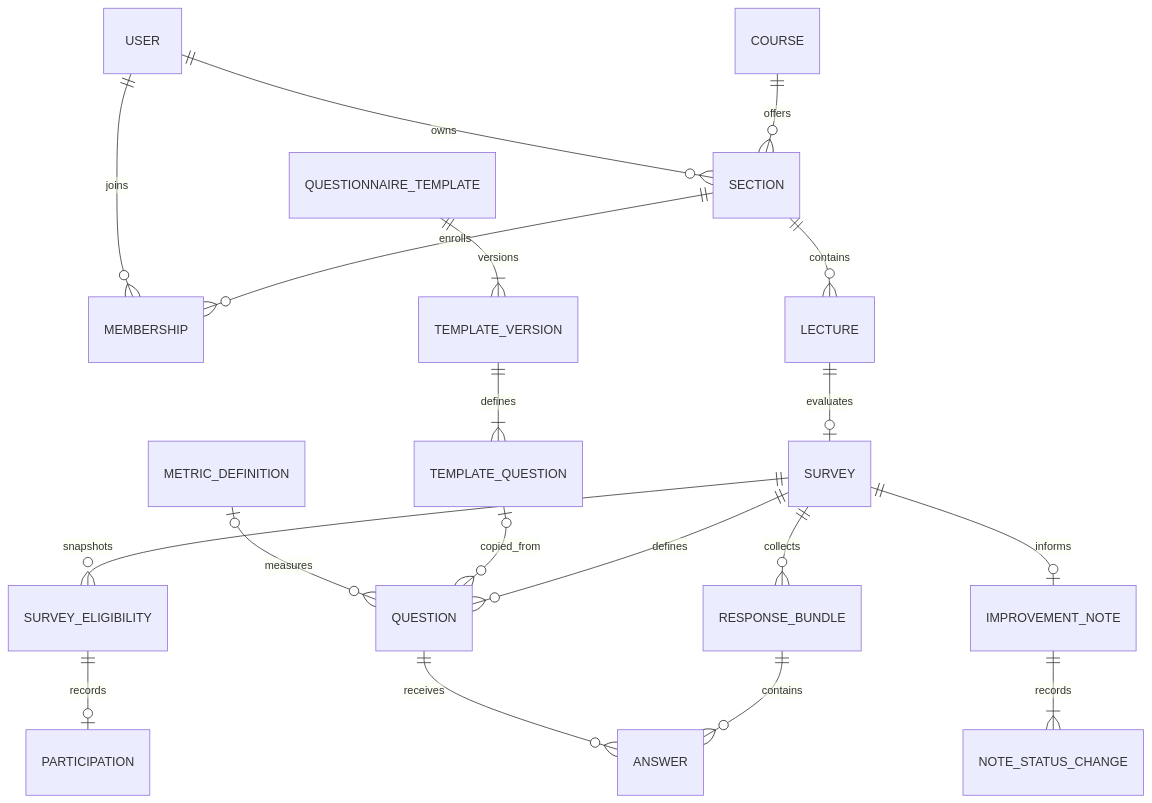
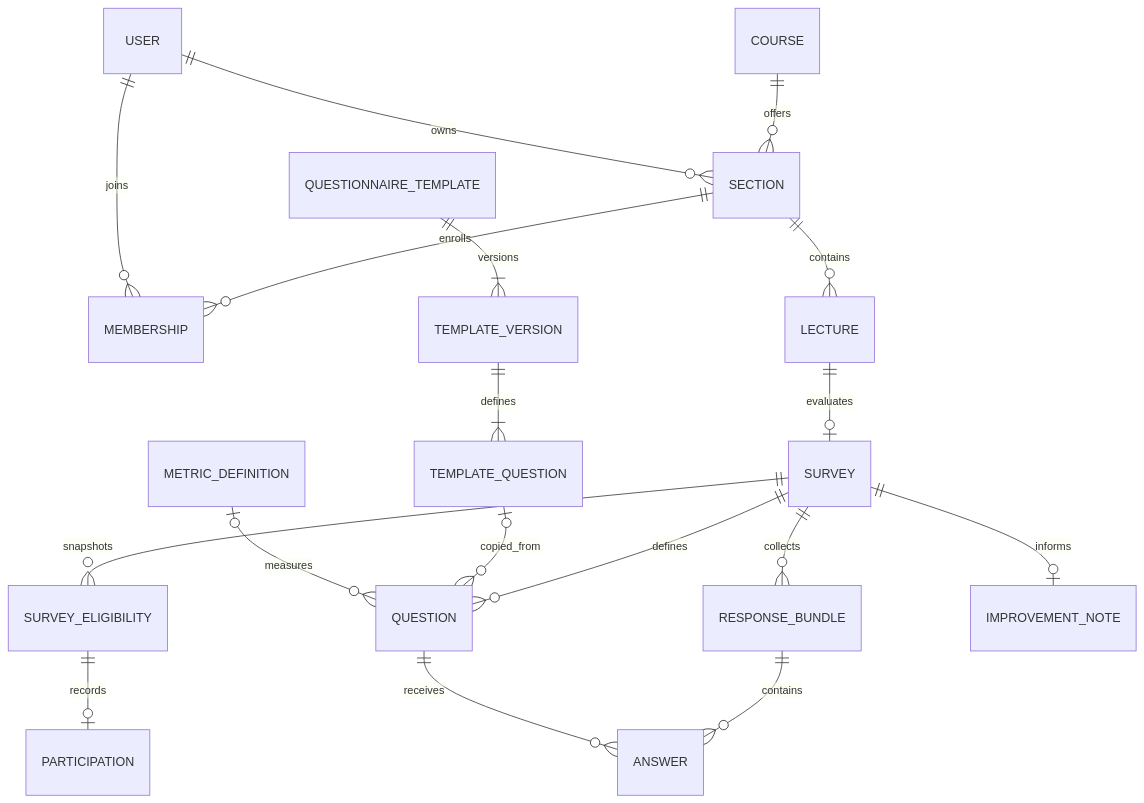
One commit to Maibokdaimhai/LECTRA changed the second of 2 diagrams in docs/system-sds.md. Above: the diagram before and after it, drawn with Mermaid. The commit also changed other lines of this file and 7 other files, not shown here.

````diff
--- a/docs/system-sds.md
+++ b/docs/system-sds.md
@@ -61,21 +60,20 @@
 ```mermaid
 erDiagram
     COURSE ||--o{ SECTION : offers
     USER ||--o{ SECTION : owns
     SECTION ||--o{ MEMBERSHIP : enrolls
     USER ||--o{ MEMBERSHIP : joins
     SECTION ||--o{ LECTURE : contains
     LECTURE ||--o| SURVEY : evaluates
     SURVEY ||--o{ QUESTION : defines
     SURVEY ||--o{ SURVEY_ELIGIBILITY : snapshots
     SURVEY_ELIGIBILITY ||--o| PARTICIPATION : records
     SURVEY ||--o{ RESPONSE_BUNDLE : collects
     RESPONSE_BUNDLE ||--o{ ANSWER : contains
     QUESTION ||--o{ ANSWER : receives
     QUESTIONNAIRE_TEMPLATE ||--|{ TEMPLATE_VERSION : versions
     TEMPLATE_VERSION ||--|{ TEMPLATE_QUESTION : defines
     TEMPLATE_QUESTION o|--o{ QUESTION : copied_from
     METRIC_DEFINITION o|--o{ QUESTION : measures
     SURVEY ||--o| IMPROVEMENT_NOTE : informs
-    IMPROVEMENT_NOTE ||--|{ NOTE_STATUS_CHANGE : records
 ```
````
